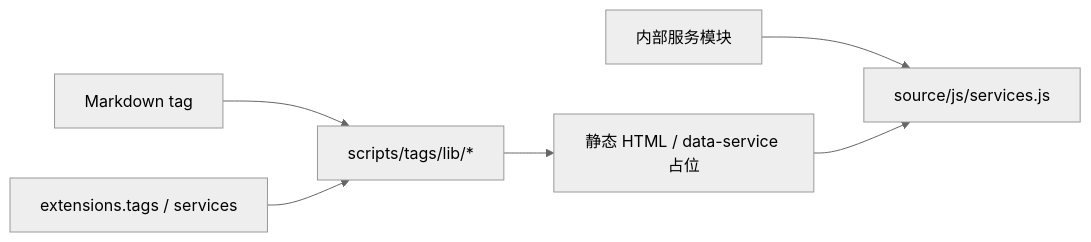
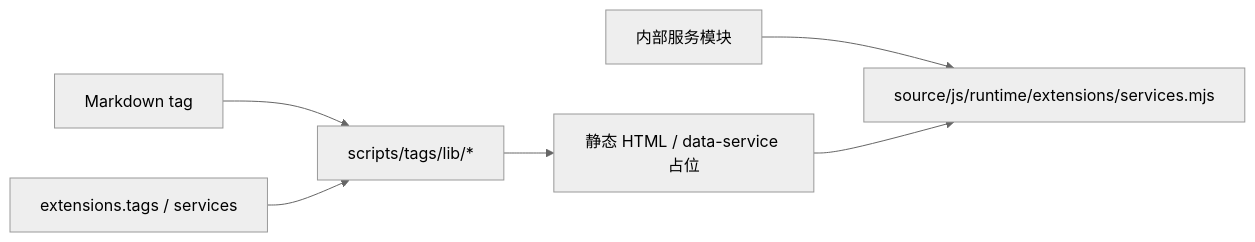
The diagram in docs/knowledge/04-标签插件/tag-plugins-overview.md (xaoxuu/hexo-theme-stellar), drawn with Mermaid (neutral theme) before and after one commit. The commit also changed other lines of this file and 72 other files, not shown here.

````diff
--- a/docs/knowledge/04-标签插件/tag-plugins-overview.md
+++ b/docs/knowledge/04-标签插件/tag-plugins-overview.md
@@ -56,8 +56,8 @@
 ```mermaid
 flowchart LR
   MD["Markdown tag"] --> HANDLER["scripts/tags/lib/*"]
   CONFIG["extensions.tags / services"] --> HANDLER
   HANDLER --> HTML["静态 HTML / data-service 占位"]
-  ASSETS["内部服务模块"] --> CLIENT["source/js/services.js"]
+  ASSETS["内部服务模块"] --> CLIENT["source/js/runtime/extensions/services.mjs"]
   HTML --> CLIENT
 ```
````
